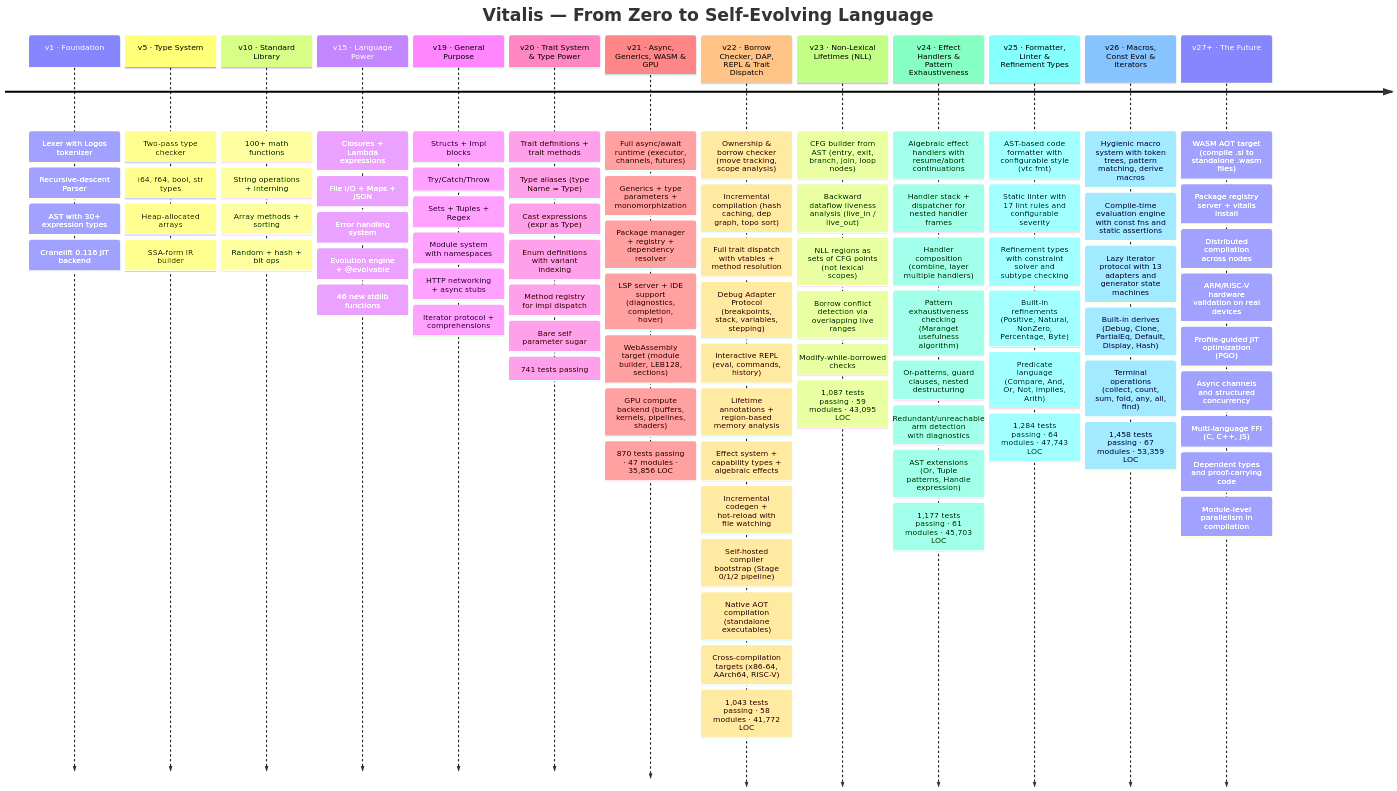
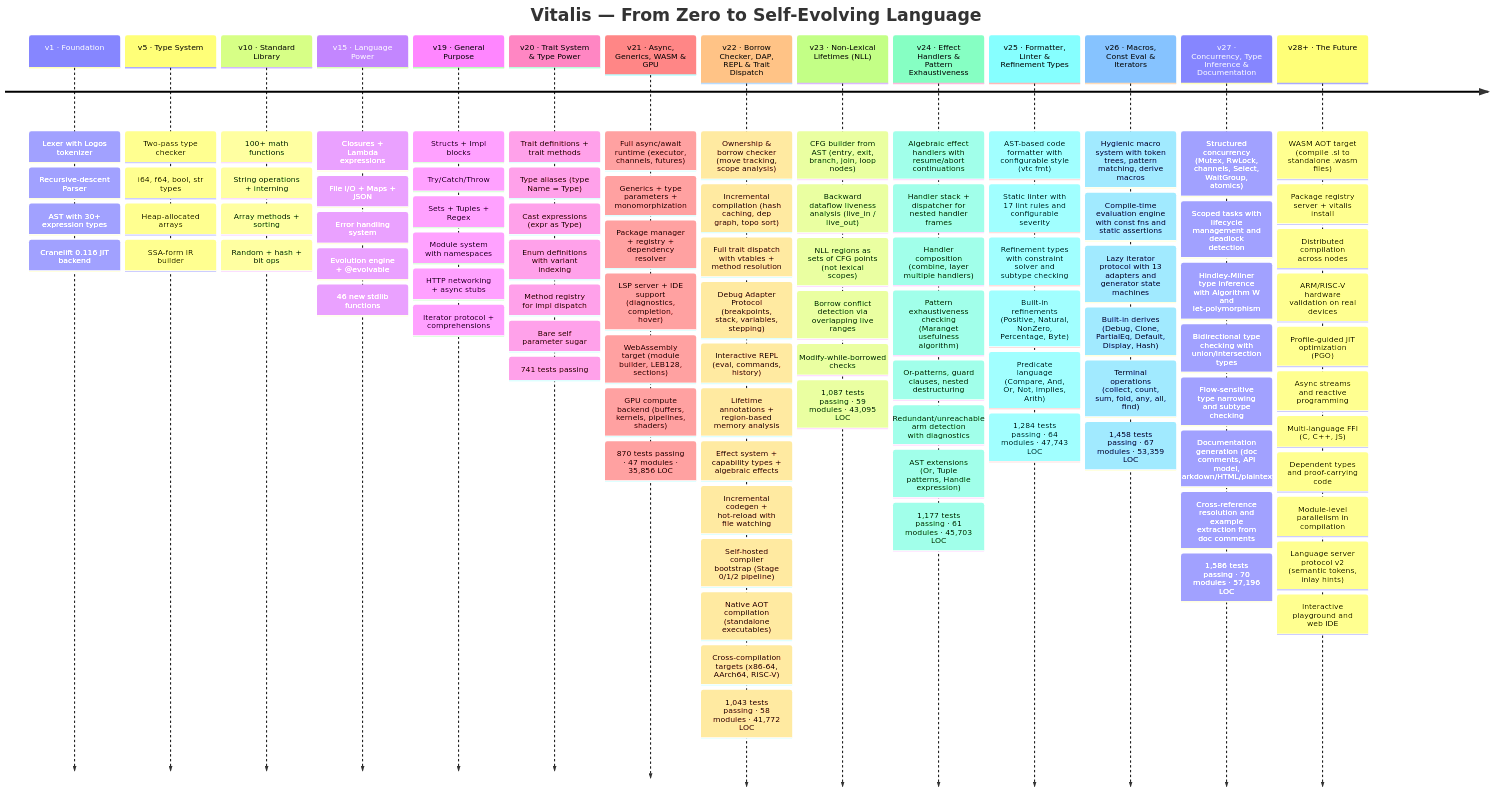
The seventh of 7 diagrams in README.md (ModernOps888/vitalis), drawn with Mermaid before and after one commit. The commit also changed other lines of this file and 8 other files, not shown here.

First line of the commit message:
v27.0.0: structured concurrency, type inference, documentation generation

````diff
--- a/README.md
+++ b/README.md
@@ -1114,14 +1121,26 @@
         : Terminal operations (collect, count, sum, fold, any, all, find)
         : 1,458 tests passing · 67 modules · 53,359 LOC
 
-    v27+ · The Future
+    v27 · Concurrency, Type Inference & Documentation
+        : Structured concurrency (Mutex, RwLock, channels, Select, WaitGroup, atomics)
+        : Scoped tasks with lifecycle management and deadlock detection
+        : Hindley-Milner type inference with Algorithm W and let-polymorphism
+        : Bidirectional type checking with union/intersection types
+        : Flow-sensitive type narrowing and subtype checking
+        : Documentation generation (doc comments, API model, Markdown/HTML/plaintext)
+        : Cross-reference resolution and example extraction from doc comments
+        : 1,586 tests passing · 70 modules · 57,196 LOC
+
+    v28+ · The Future
         : WASM AOT target (compile .sl to standalone .wasm files)
         : Package registry server + vitalis install
         : Distributed compilation across nodes
         : ARM/RISC-V hardware validation on real devices
         : Profile-guided JIT optimization (PGO)
-        : Async channels and structured concurrency
+        : Async streams and reactive programming
         : Multi-language FFI (C, C++, JS)
         : Dependent types and proof-carrying code
         : Module-level parallelism in compilation
+        : Language server protocol v2 (semantic tokens, inlay hints)
+        : Interactive playground and web IDE
 ```
````
